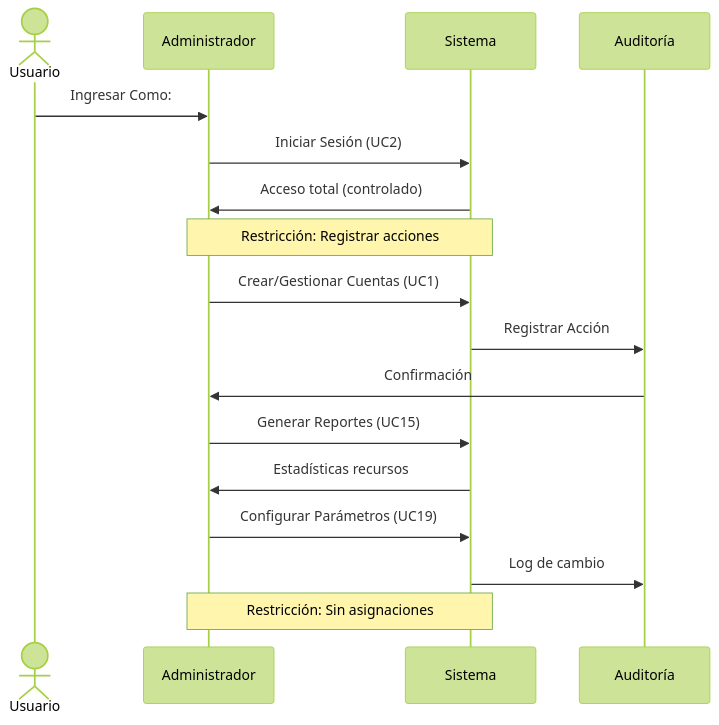
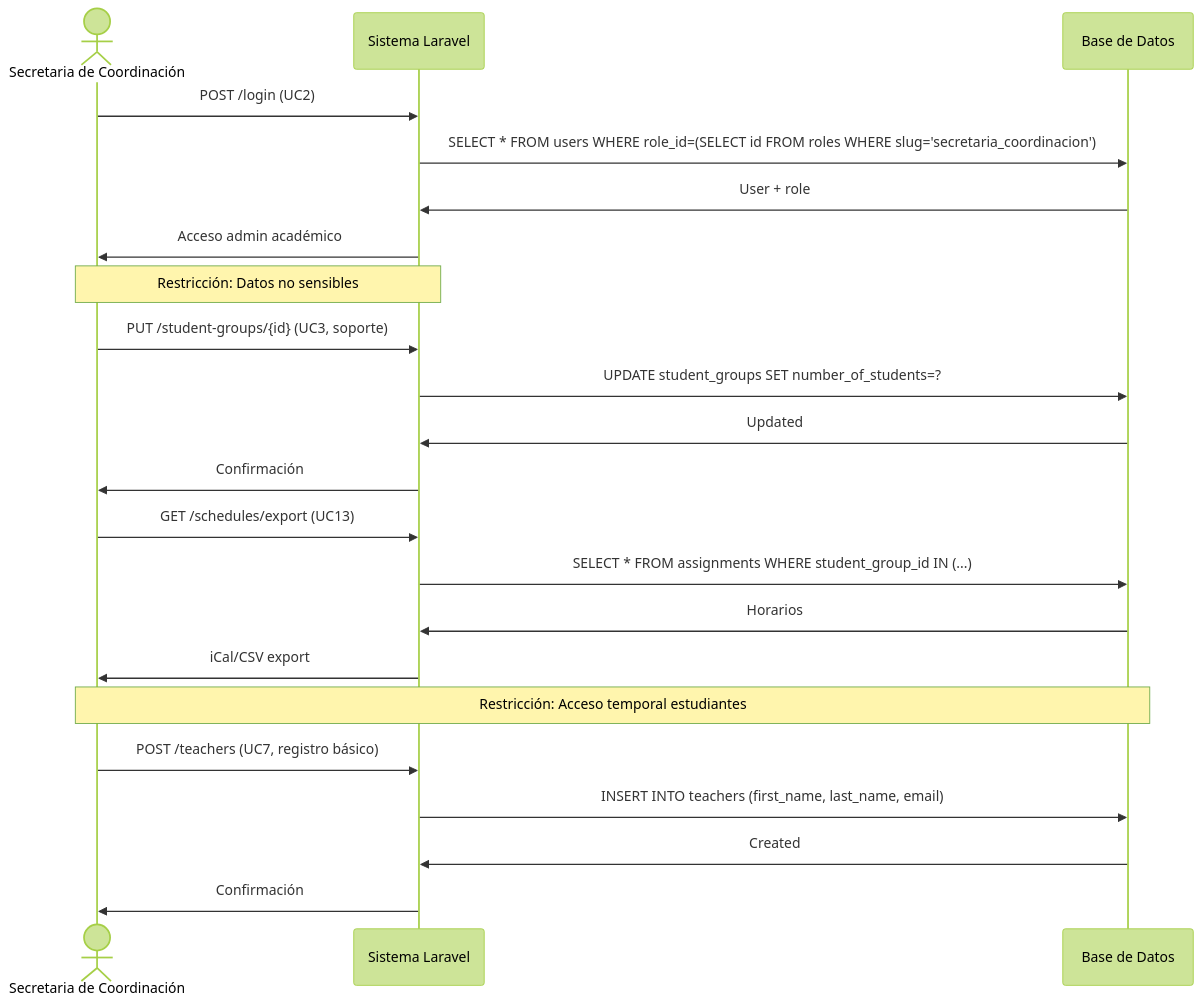
The fourth of 8 diagrams in documentation/DiagramaSecuenciaCasosDeUso.md (LuisCPedraza/sistema-asignacion-salones), drawn with Mermaid (forest theme) before and after one commit. The commit also changed other lines of this file and 9 other files, not shown here.

````diff
--- a/documentation/DiagramaSecuenciaCasosDeUso.md
+++ b/documentation/DiagramaSecuenciaCasosDeUso.md
@@ -71,23 +180,28 @@
 ```mermaid
 sequenceDiagram
-actor Usuario
-Usuario->>Admin: Ingresar Como:
-    participant Admin as Administrador
-    participant Sys as Sistema
-    participant Audit as Auditoría
+    actor SecCoord as Secretaria de Coordinación
+    participant Sys as Sistema Laravel
+    participant DB as Base de Datos
 
-    Admin->>Sys: Iniciar Sesión (UC2)
-    Sys->>Admin: Acceso total (controlado)
-    Note over Admin,Sys: Restricción: Registrar acciones
+    SecCoord->>Sys: POST /login (UC2)
+    Sys->>DB: SELECT * FROM users WHERE role_id=(SELECT id FROM roles WHERE slug='secretaria_coordinacion')
+    DB->>Sys: User + role
+    Sys->>SecCoord: Acceso admin académico
+    Note over SecCoord,Sys: Restricción: Datos no sensibles
 
-    Admin->>Sys: Crear/Gestionar Cuentas (UC1)
-    Sys->>Audit: Registrar Acción
-    Audit->>Admin: Confirmación
+    SecCoord->>Sys: PUT /student-groups/{id} (UC3, soporte)
+    Sys->>DB: UPDATE student_groups SET number_of_students=?
+    DB->>Sys: Updated
+    Sys->>SecCoord: Confirmación
 
-    Admin->>Sys: Generar Reportes (UC15)
-    Sys->>Admin: Estadísticas recursos
+    SecCoord->>Sys: GET /schedules/export (UC13)
+    Sys->>DB: SELECT * FROM assignments WHERE student_group_id IN (...)
+    DB->>Sys: Horarios
+    Sys->>SecCoord: iCal/CSV export
+    Note over SecCoord,DB: Restricción: Acceso temporal estudiantes
 
-    Admin->>Sys: Configurar Parámetros (UC19)
-    Sys->>Audit: Log de cambio
-    Note over Admin,Sys: Restricción: Sin asignaciones
+    SecCoord->>Sys: POST /teachers (UC7, registro básico)
+    Sys->>DB: INSERT INTO teachers (first_name, last_name, email)
+    DB->>Sys: Created
+    Sys->>SecCoord: Confirmación
 ```
````
